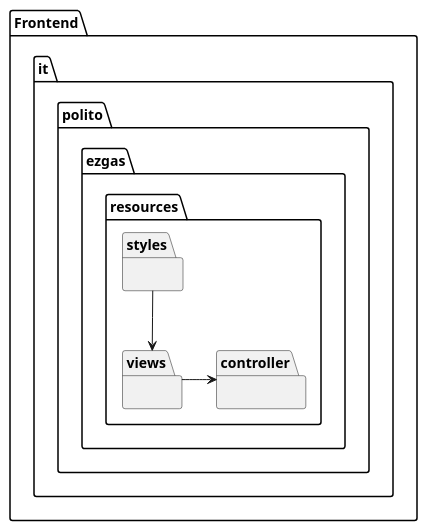
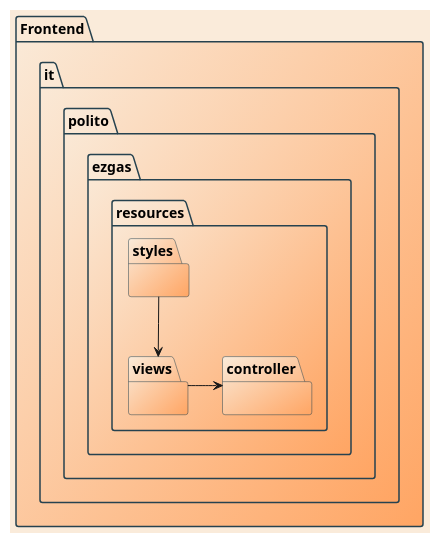
The second of 9 diagrams in docs/DesignDocument.md (e-caste/SoftEng-EZGas), drawn with PlantUML before and after one commit. The commit also changed other lines of this file and 1 other file, not shown here.

Commit message:
Graphical Aspects + Class types

````diff
--- a/docs/DesignDocument.md
+++ b/docs/DesignDocument.md
@@ -64,29 +69,35 @@
 ```plantuml
 @startuml
-package "Frontend" {
+skinparam backgroundcolor #FAEBDA
+skinparam package {
+BackgroundColor #FAEBDA/FFA563
+BorderColor #26424F
+}
 
-    package "it.polito.ezgas.resources.views" {
+package "Frontend" #FAEBDA/FFA563{
+
+    package "it.polito.ezgas.resources.views" #FAEBDA/FFA563{
 
     }
 
 
-package "it.polito.ezgas.resources.controller" {
+package "it.polito.ezgas.resources.controller" #FAEBDA/FFA563{
 
     }
 
 
-package "it.polito.ezgas.resources.styles" {
+package "it.polito.ezgas.resources.styles" #FAEBDA/FFA563{
 
     }
 
 
 
 it.polito.ezgas.resources.styles -down-> it.polito.ezgas.resources.views
 
 it.polito.ezgas.resources.views -right-> it.polito.ezgas.resources.controller
 
 
 }
 @enduml
 
 ```
````
